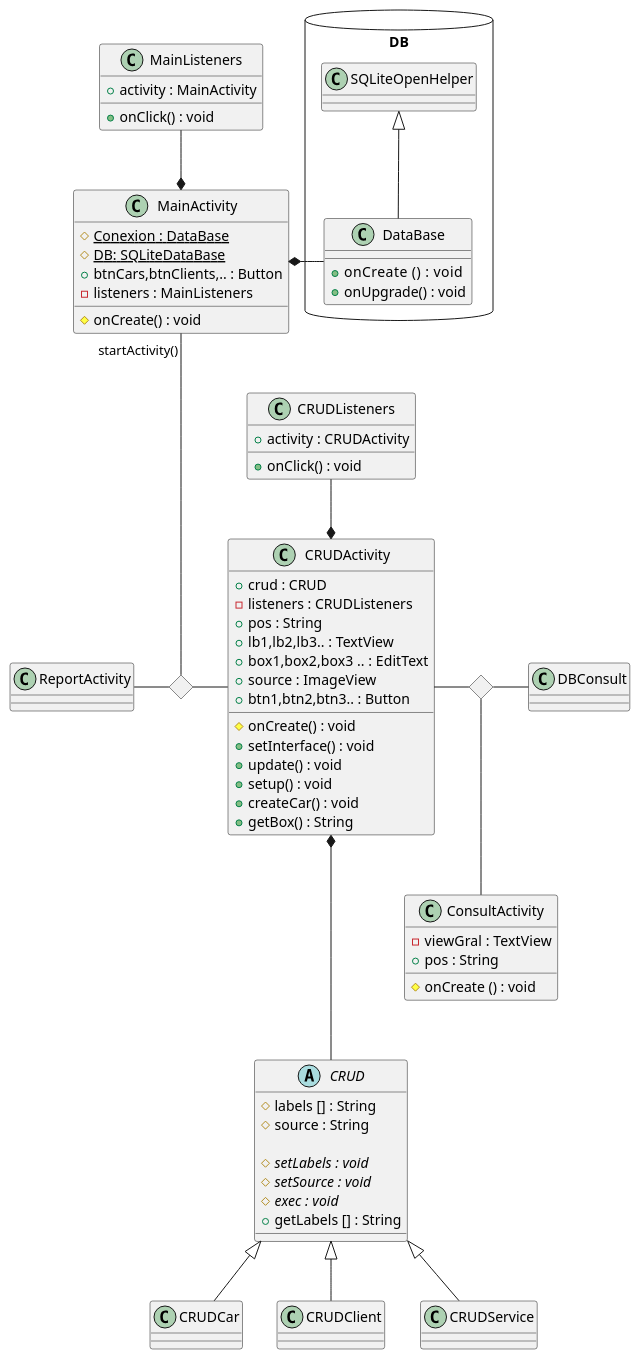
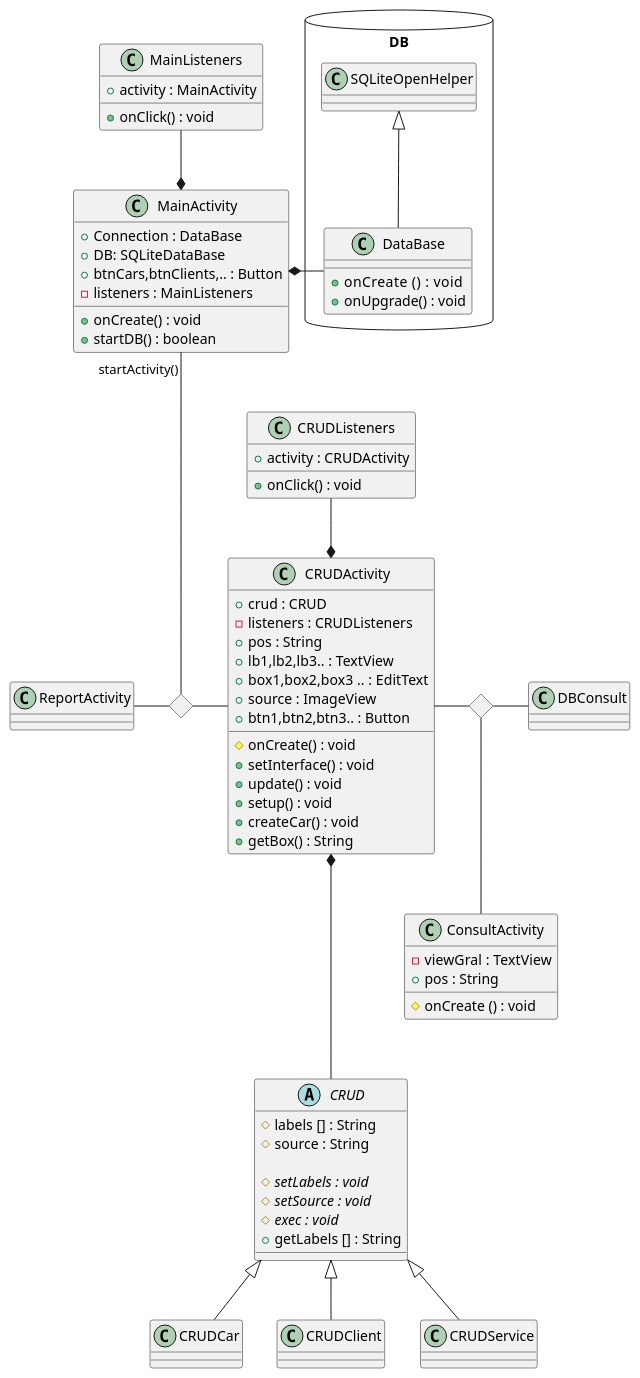
The diagram in app/src/main/java/com/example/agency/diagrams/Class2.puml (gerryspring/ANDROID), drawn with PlantUML before and after one commit. The commit also changed 5 other files, not shown here.

```diff
--- a/app/src/main/java/com/example/agency/diagrams/Class2.puml
+++ b/app/src/main/java/com/example/agency/diagrams/Class2.puml
@@ -1,90 +2,90 @@
 @startuml
+
+
+package DB <<Database>> {
+   class DataBase extends SQLiteOpenHelper{
+   + onCreate   () : void
+   + onUpgrade() : void
+   }
+}
+
 class MainActivity{
-    # Conexion : {static} DataBase
-    # DB: {static} SQLiteDataBase
+    + Connection : DataBase
+    + DB: SQLiteDataBase
     + btnCars,btnClients,.. : Button
     - listeners : MainListeners
 
-    # onCreate() : void
+    + onCreate() : void
+    + startDB() : boolean
 }
-
-abstract class CRUD {
-# labels [] : String
-# source : String
-
-# setLabels : {abstract} void
-# setSource : {abstract} void
-# exec : {abstract} void
-+ getLabels [] : String
-
-}
-
 class CRUDActivity{
    + crud : CRUD
    - listeners : CRUDListeners
    + pos : String
    + lb1,lb2,lb3.. : TextView
    + box1,box2,box3 .. : EditText
    + source : ImageView
    + btn1,btn2,btn3.. : Button
 
    # onCreate() : void
    + setInterface() : void
    + update() : void
    + setup() : void
    + createCar() : void
    + getBox() : String
 }
 
 class ReportActivity{
 
 }
 
 
-class MainListeners {
-    + activity : MainActivity
-
-    + onClick() : void
-
-
-}
 class ConsultActivity{
     - viewGral : TextView
     + pos : String
 
     # onCreate () : void
 }
+abstract class CRUD {
+# labels [] : String
+# source : String
+
+# setLabels : {abstract} void
+# setSource : {abstract} void
+# exec : {abstract} void
++ getLabels [] : String
+
+}
+
+class MainListeners {
+    + activity : MainActivity
+
+    + onClick() : void
+
+}
 
 class CRUDListeners  {
    + activity : CRUDActivity
     + onClick() : void
-}
-
-
-package DB <<Database>> {
-   class DataBase extends SQLiteOpenHelper{
-   + onCreate   () : void
-   + onUpgrade() : void
-   }
 }
 
 class CRUDCar extends CRUD
 class CRUDClient extends CRUD
 class CRUDService extends CRUD
 class CRUDActivity
 MainActivity *- DataBase
 CRUDActivity *--- CRUD
 MainListeners --* MainActivity
 CRUDListeners --* CRUDActivity
 
 <>diamond1
 MainActivity "startActivity()"--- diamond1
 diamond1 -right CRUDActivity
 diamond1 -left ReportActivity
 
 <>diamond2
 CRUDActivity - diamond2
 diamond2 -- ConsultActivity
 diamond2 - DBConsult
 
 @enduml
```
